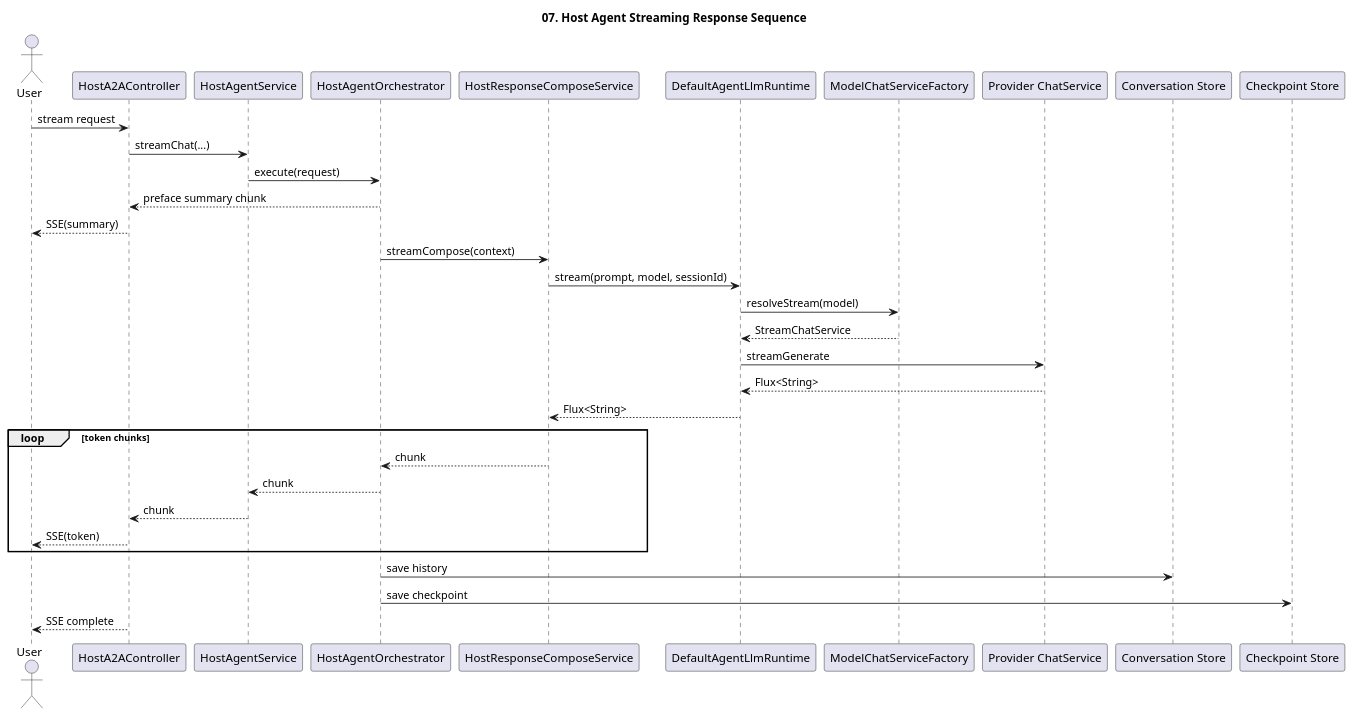
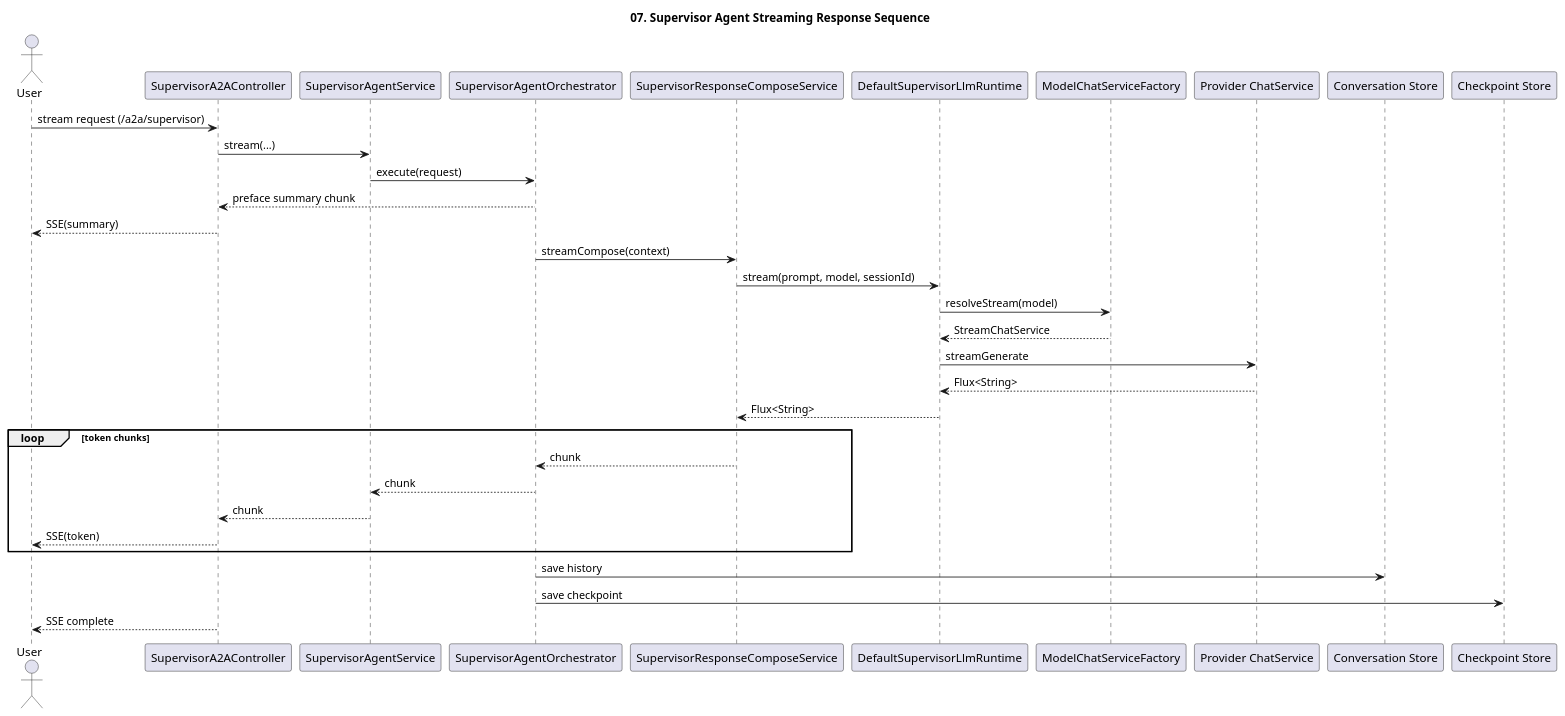
The diagram in documents/a2a-host_agent-architecture/07-streaming-response-sequence.puml (kim57uak/spring-ai), drawn with PlantUML before and after one commit. The commit also changed 131 other files, not shown here.

Commit message:
feat: add supervisor A2A orchestration and architecture updates

```diff
--- a/documents/a2a-host_agent-architecture/07-streaming-response-sequence.puml
+++ b/documents/a2a-host_agent-architecture/07-streaming-response-sequence.puml
@@ -1,43 +1,43 @@
 @startuml
 !pragma layout smetana
-title 07. Host Agent Streaming Response Sequence
+title 07. Supervisor Agent Streaming Response Sequence
 
 skinparam shadowing false
 
 actor User
-participant "HostA2AController" as Controller
-participant "HostAgentService" as Service
-participant "HostAgentOrchestrator" as Orchestrator
-participant "HostResponseComposeService" as Composer
-participant "DefaultAgentLlmRuntime" as Runtime
+participant "SupervisorA2AController" as Controller
+participant "SupervisorAgentService" as Service
+participant "SupervisorAgentOrchestrator" as Orchestrator
+participant "SupervisorResponseComposeService" as Composer
+participant "DefaultSupervisorLlmRuntime" as Runtime
 participant "ModelChatServiceFactory" as Factory
 participant "Provider ChatService" as Provider
 participant "Conversation Store" as ConversationStore
 participant "Checkpoint Store" as CheckpointStore
 
-User -> Controller : stream request
-Controller -> Service : streamChat(...)
+User -> Controller : stream request (/a2a/supervisor)
+Controller -> Service : stream(...)
 Service -> Orchestrator : execute(request)
 Orchestrator --> Controller : preface summary chunk
 Controller --> User : SSE(summary)
 
 Orchestrator -> Composer : streamCompose(context)
 Composer -> Runtime : stream(prompt, model, sessionId)
 Runtime -> Factory : resolveStream(model)
 Factory --> Runtime : StreamChatService
 Runtime -> Provider : streamGenerate
 Provider --> Runtime : Flux<String>
 Runtime --> Composer : Flux<String>
 
 loop token chunks
   Composer --> Orchestrator : chunk
   Orchestrator --> Service : chunk
   Service --> Controller : chunk
   Controller --> User : SSE(token)
 end
 
 Orchestrator -> ConversationStore : save history
 Orchestrator -> CheckpointStore : save checkpoint
 Controller --> User : SSE complete
 
 @enduml
```
